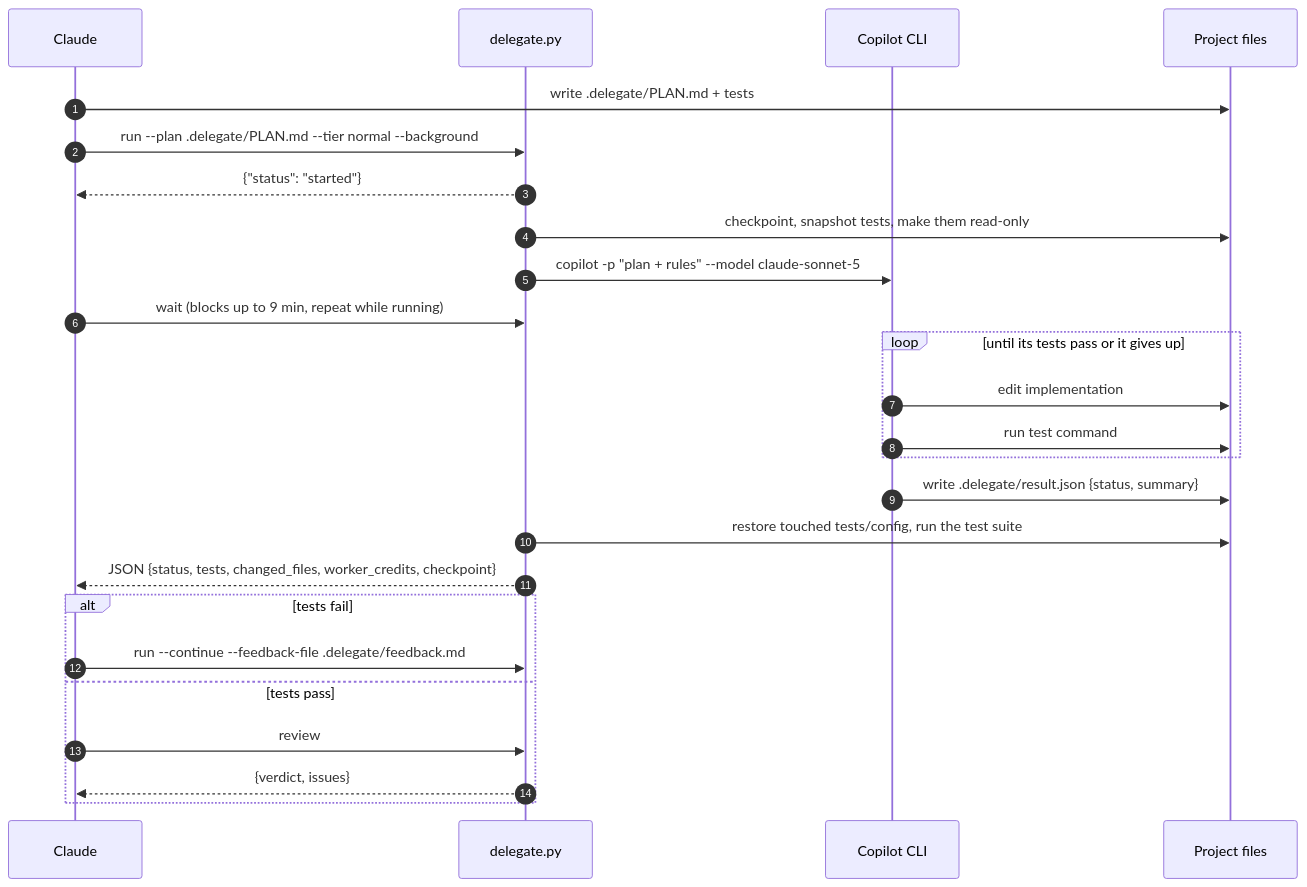
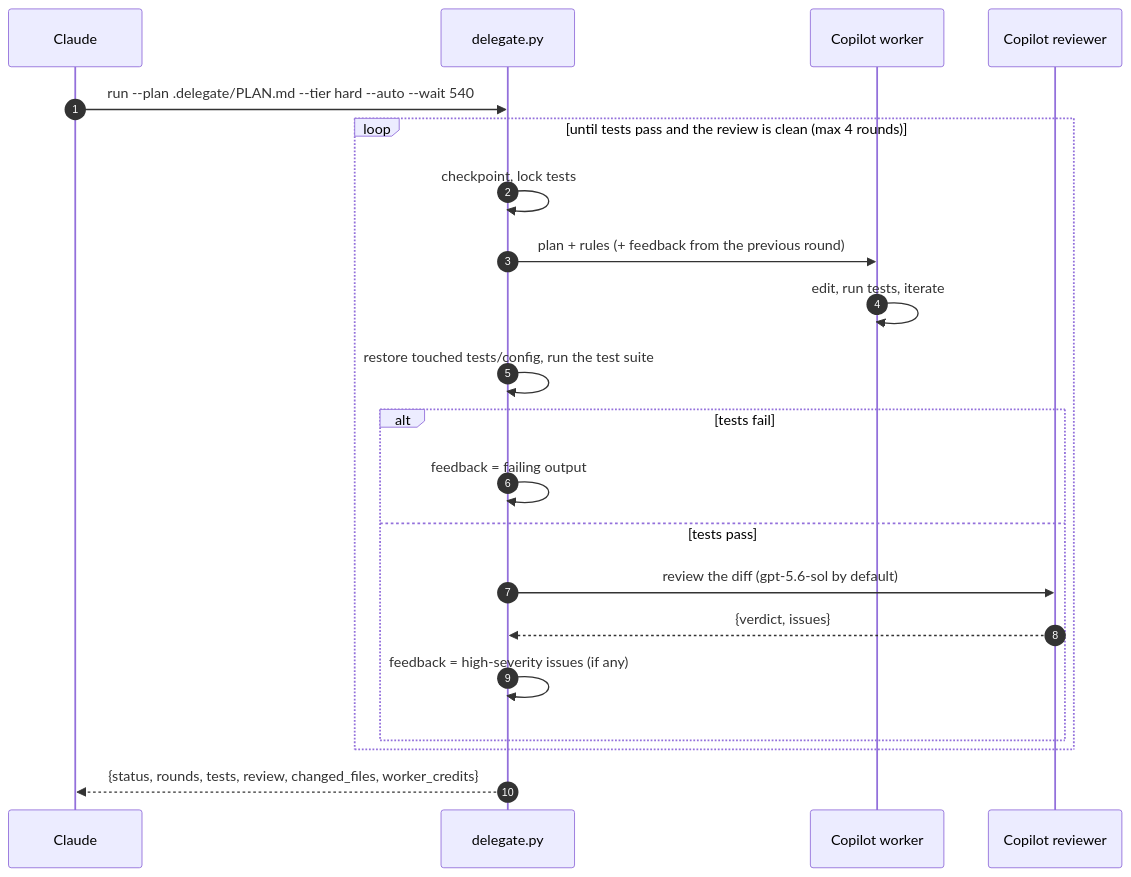
Before and after one commit to gaztrabisme/claude-subagent-delegation: the second of 6 diagrams in README.md, drawn with Mermaid. The commit also changed other lines of this file and 5 other files, not shown here.

````diff
--- a/README.md
+++ b/README.md
@@ -75,28 +78,24 @@
 ```mermaid
 sequenceDiagram
     autonumber
     participant C as Claude
     participant R as delegate.py
-    participant W as Copilot CLI
-    participant FS as Project files
+    participant W as Copilot worker
+    participant V as Copilot reviewer
 
-    C->>FS: write .delegate/PLAN.md + tests
-    C->>R: run --plan .delegate/PLAN.md --tier normal --background
-    R-->>C: {"status": "started"}
-    R->>FS: checkpoint, snapshot tests, make them read-only
-    R->>W: copilot -p "plan + rules" --model claude-sonnet-5
-    C->>R: wait (blocks up to 9 min, repeat while running)
-    loop until its tests pass or it gives up
-        W->>FS: edit implementation
-        W->>FS: run test command
+    C->>R: run --plan .delegate/PLAN.md --tier hard --auto --wait 540
+    loop until tests pass and the review is clean (max 4 rounds)
+        R->>R: checkpoint, lock tests
+        R->>W: plan + rules (+ feedback from the previous round)
+        W->>W: edit, run tests, iterate
+        R->>R: restore touched tests/config, run the test suite
+        alt tests fail
+            R->>R: feedback = failing output
+        else tests pass
+            R->>V: review the diff (gpt-5.6-sol by default)
+            V-->>R: {verdict, issues}
+            R->>R: feedback = high-severity issues (if any)
+        end
     end
-    W->>FS: write .delegate/result.json {status, summary}
-    R->>FS: restore touched tests/config, run the test suite
-    R-->>C: JSON {status, tests, changed_files, worker_credits, checkpoint}
-    alt tests fail
-        C->>R: run --continue --feedback-file .delegate/feedback.md
-    else tests pass
-        C->>R: review
-        R-->>C: {verdict, issues}
-    end
+    R-->>C: {status, rounds, tests, review, changed_files, worker_credits}
 ```
````
